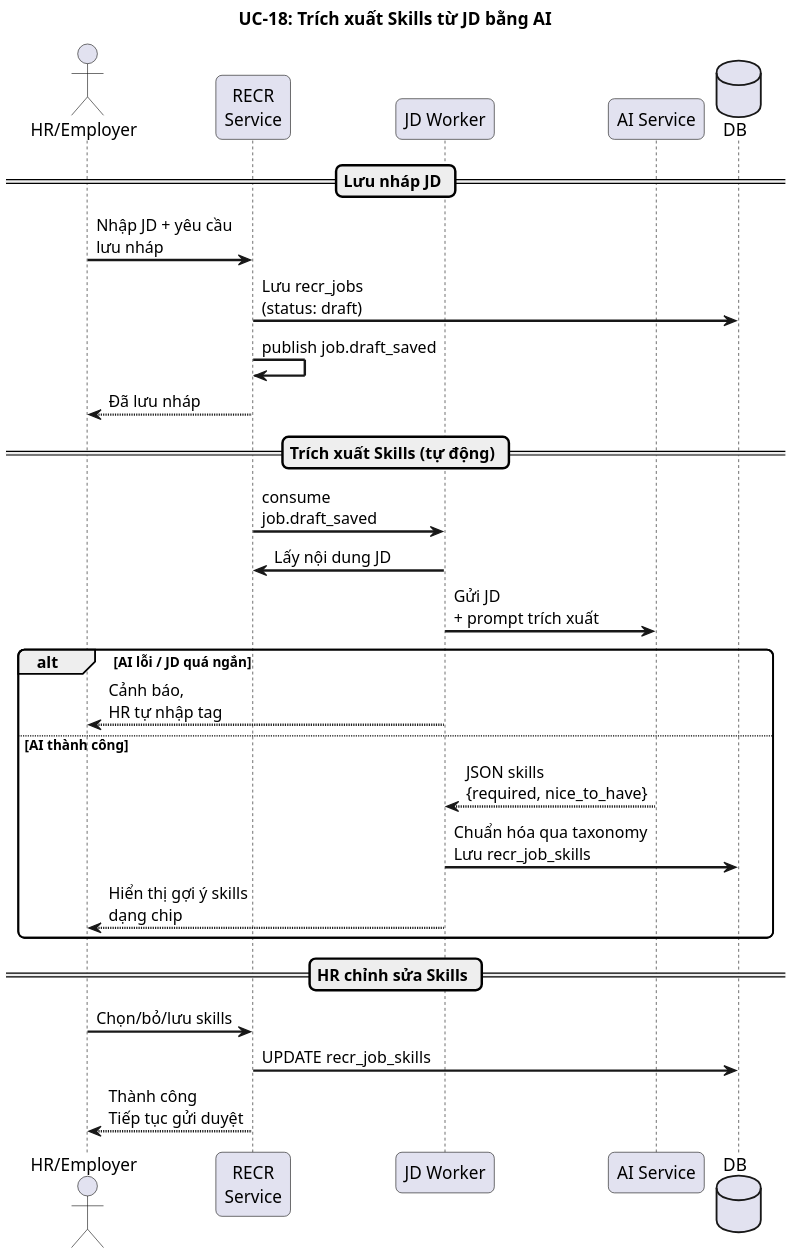
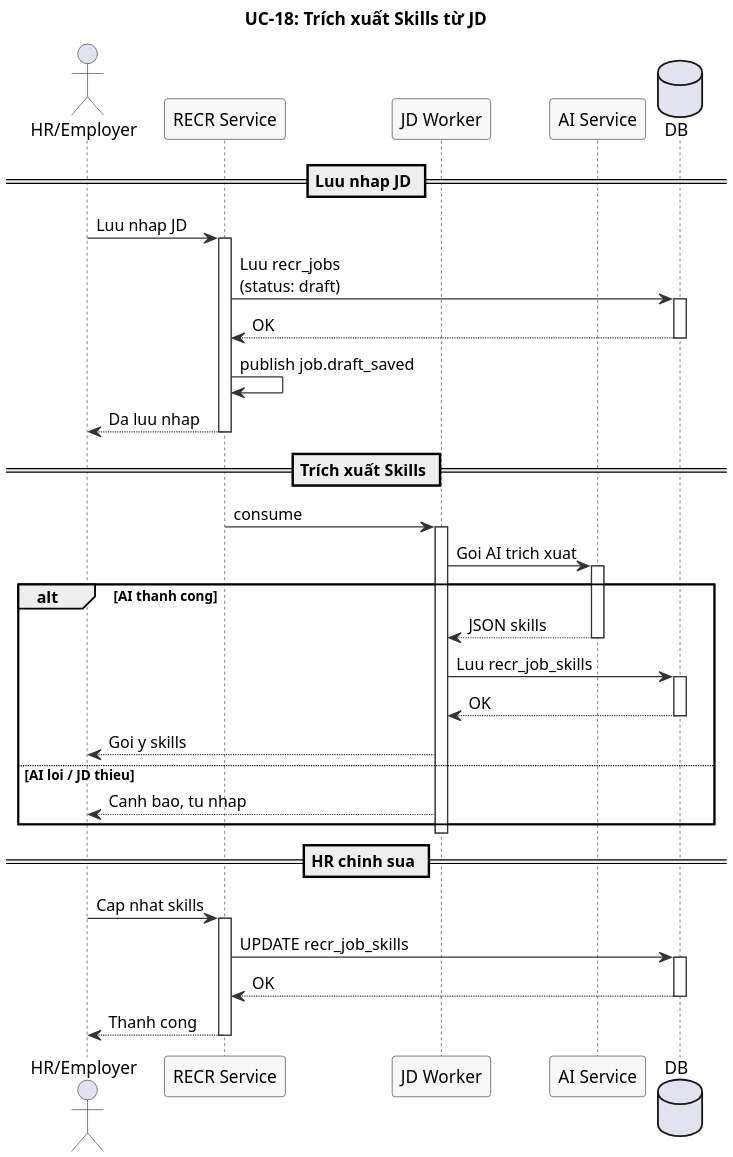
One commit to namnh240795/document changed the diagram in modules/recr/diagrams/sequence/uc18-jd-skill-extraction-sequence.puml. Above: the diagram before and after it, drawn with PlantUML. The commit also changed 23 other files, not shown here.

First line of the commit message:
refactor(recr): standardize diagram style for UC-16 to UC-19

```diff
--- a/modules/recr/diagrams/sequence/uc18-jd-skill-extraction-sequence.puml
+++ b/modules/recr/diagrams/sequence/uc18-jd-skill-extraction-sequence.puml
@@ -1,41 +1,63 @@
-@startuml uc18-jd-skill-extraction-sequence
-title UC-18: Trích xuất Skills từ JD bằng AI
+@startuml
+' UC-18: Trích xuất Skills từ JD - Sơ đồ Chuỗi
 skinparam dpi 200
-skinparam backgroundColor white
-skinparam sequenceArrowThickness 2
-skinparam roundcorner 10
+skinparam sequence {
+  ArrowColor #333333
+  ActorBorderColor #333333
+  LifeLineBorderColor #333333
+  ParticipantBackgroundColor #F8F8F8
+  ParticipantBorderColor #333333
+}
+
+title UC-18: Trích xuất Skills từ JD
 
 actor "HR/Employer" as HR
-participant "RECR\nService" as R
+participant "RECR Service" as R
 participant "JD Worker" as W
 participant "AI Service" as AI
 database "DB" as DB
 
-== Lưu nháp JD ==
+== Luu nhap JD ==
 
-HR -> R : Nhập JD + yêu cầu\nlưu nháp
-R -> DB : Lưu recr_jobs\n(status: draft)
+HR -> R : Luu nhap JD
+activate R
+R -> DB : Luu recr_jobs\n(status: draft)
+activate DB
+DB --> R : OK
+deactivate DB
 R -> R : publish job.draft_saved
-R --> HR : Đã lưu nháp
+R --> HR : Da luu nhap
+deactivate R
 
-== Trích xuất Skills (tự động) ==
+== Trích xuất Skills ==
 
-R -> W : consume\njob.draft_saved
-W -> R : Lấy nội dung JD
-W -> AI : Gửi JD\n+ prompt trích xuất
+R -> W : consume
+activate W
+W -> AI : Goi AI trich xuat
+activate AI
 
-alt AI lỗi / JD quá ngắn
-  W --> HR : Cảnh báo,\nHR tự nhập tag
-else AI thành công
-  AI --> W : JSON skills\n{required, nice_to_have}
-  W -> DB : Chuẩn hóa qua taxonomy\nLưu recr_job_skills
-  W --> HR : Hiển thị gợi ý skills\ndạng chip
+alt AI thanh cong
+  AI --> W : JSON skills
+  deactivate AI
+  W -> DB : Luu recr_job_skills
+  activate DB
+  DB --> W : OK
+  deactivate DB
+  W --> HR : Goi y skills
+else AI loi / JD thieu
+  W --> HR : Canh bao, tu nhap
 end
+deactivate W
 
-== HR chỉnh sửa Skills ==
+== HR chinh sua ==
 
-HR -> R : Chọn/bỏ/lưu skills
+HR -> R : Cap nhat skills
+activate R
 R -> DB : UPDATE recr_job_skills
-R --> HR : Thành công\nTiếp tục gửi duyệt
+activate DB
+DB --> R : OK
+deactivate DB
+R --> HR : Thanh cong
+deactivate R
 
 @enduml
```
